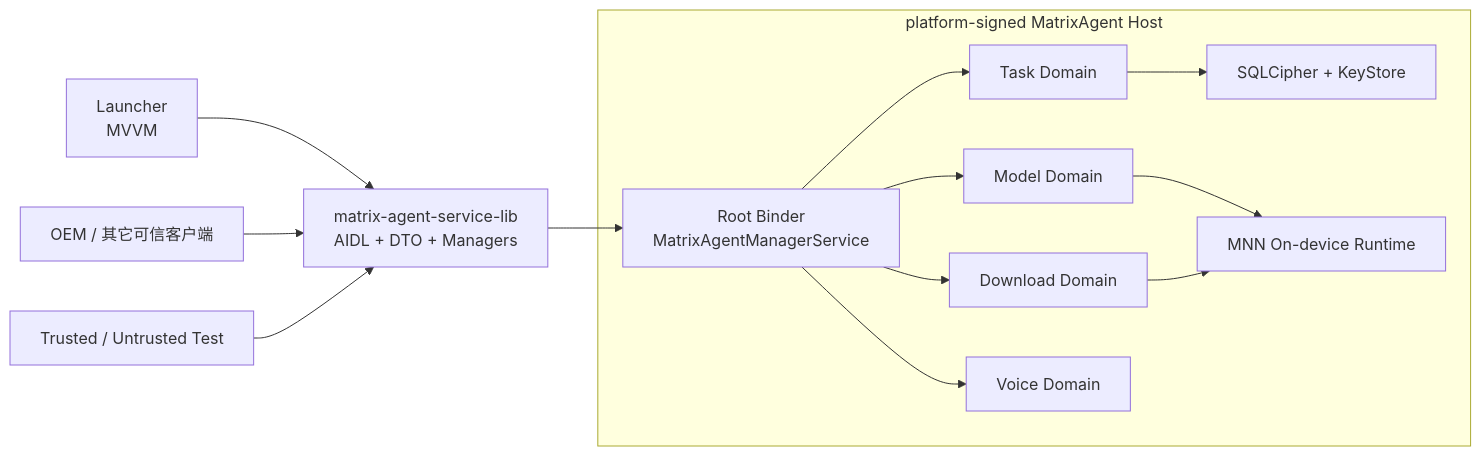
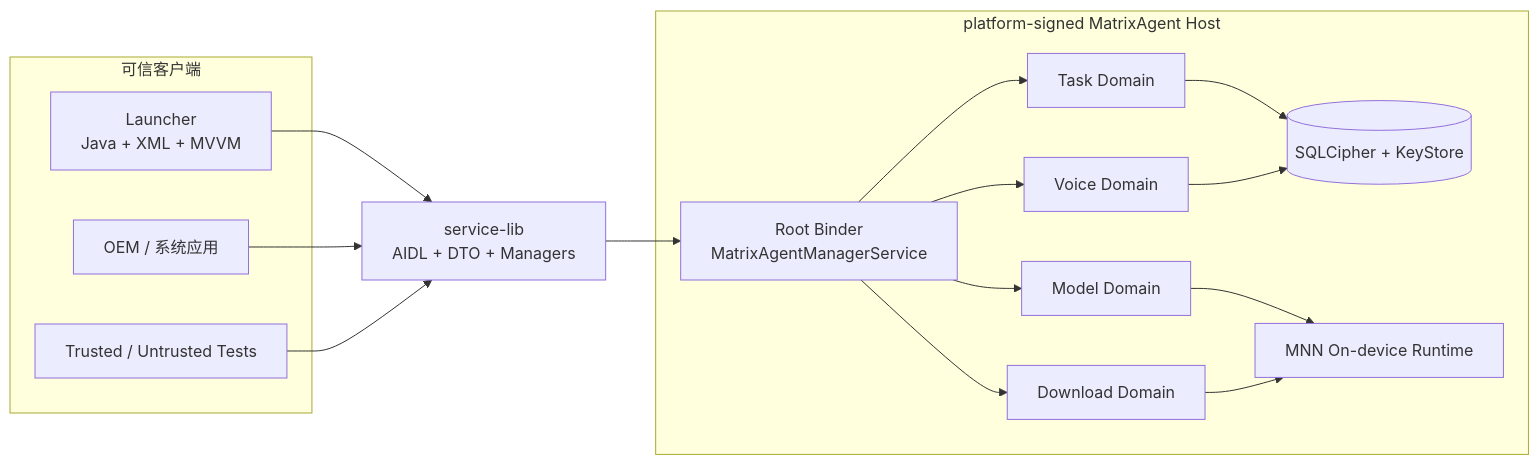
Before and after one commit to Zcorpius/MatrixAgentProject: the diagram in README.md, drawn with Mermaid. The commit also changed other lines of this file, not shown here.

````diff
--- a/README.md
+++ b/README.md
@@ -55,19 +84,34 @@
 ```mermaid
 flowchart LR
-    Launcher[Launcher\nMVVM] --> SDK
-    Client[OEM / 其它可信客户端] --> SDK
-    Test[Trusted / Untrusted Test] --> SDK
+    subgraph Clients[可信客户端]
+        Launcher["Launcher<br/>Java + XML + MVVM"]
+        OEM[OEM / 系统应用]
+        Tests[Trusted / Untrusted Tests]
+    end
 
-    SDK[matrix-agent-service-lib\nAIDL + DTO + Managers] --> Root
+    SDK["service-lib<br/>AIDL + DTO + Managers"]
 
     subgraph Host[platform-signed MatrixAgent Host]
-        Root[Root Binder\nMatrixAgentManagerService]
-        Root --> Task[Task Domain]
-        Root --> Model[Model Domain]
-        Root --> Download[Download Domain]
-        Root --> Voice[Voice Domain]
-        Task --> Persistence[SQLCipher + KeyStore]
-        Model --> OnDevice[MNN On-device Runtime]
-        Download --> OnDevice
+        Root["Root Binder<br/>MatrixAgentManagerService"]
+        Task[Task Domain]
+        Voice[Voice Domain]
+        Model[Model Domain]
+        Download[Download Domain]
+        Data[(SQLCipher + KeyStore)]
+        Native[MNN On-device Runtime]
+
+        Root --> Task
+        Root --> Voice
+        Root --> Model
+        Root --> Download
+        Task --> Data
+        Voice --> Data
+        Model --> Native
+        Download --> Native
     end
+
+    Launcher --> SDK
+    OEM --> SDK
+    Tests --> SDK
+    SDK --> Root
 ```
````
